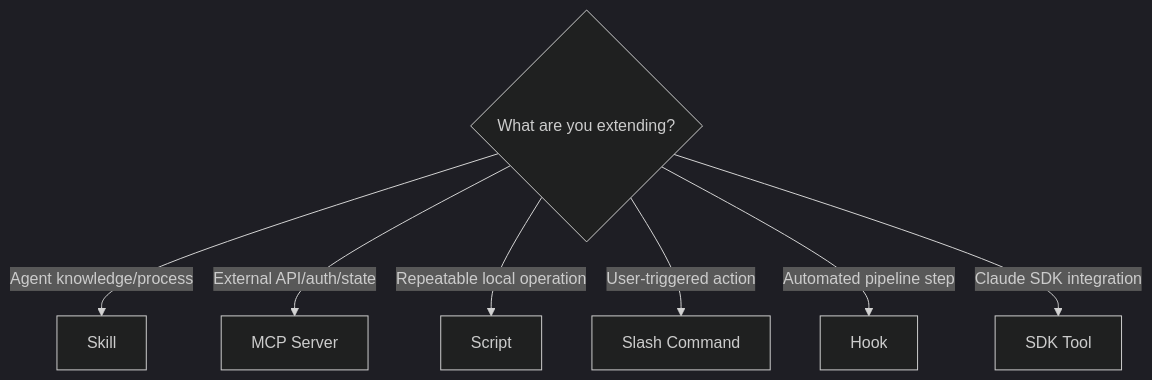
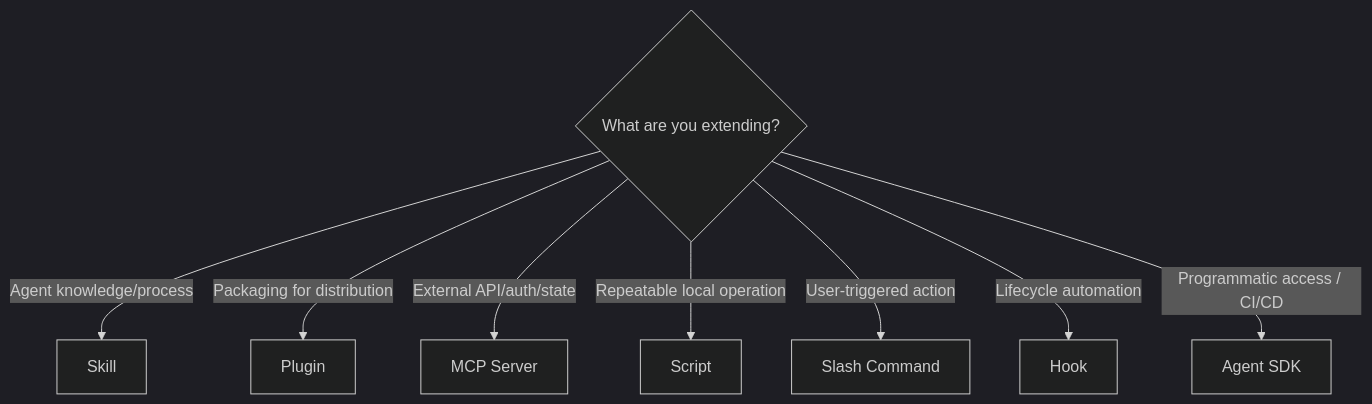
One commit to curiositech/some_claude_skills changed the diagram in .claude/skills/skill-architect/references/claude-extension-taxonomy.md. Above: the diagram before and after it, drawn with Mermaid (dark theme). The commit also changed other lines of this file and 966 other files, not shown here.

````diff
--- a/.claude/skills/skill-architect/references/claude-extension-taxonomy.md
+++ b/.claude/skills/skill-architect/references/claude-extension-taxonomy.md
@@ -9,9 +11,10 @@
 ```mermaid
 flowchart TD
   A{What are you extending?} -->|Agent knowledge/process| B[Skill]
+  A -->|Packaging for distribution| P[Plugin]
   A -->|External API/auth/state| C[MCP Server]
   A -->|Repeatable local operation| D[Script]
   A -->|User-triggered action| E[Slash Command]
-  A -->|Automated pipeline step| F[Hook]
-  A -->|Claude SDK integration| G[SDK Tool]
+  A -->|Lifecycle automation| F[Hook]
+  A -->|Programmatic access / CI/CD| G[Agent SDK]
 ```
````
